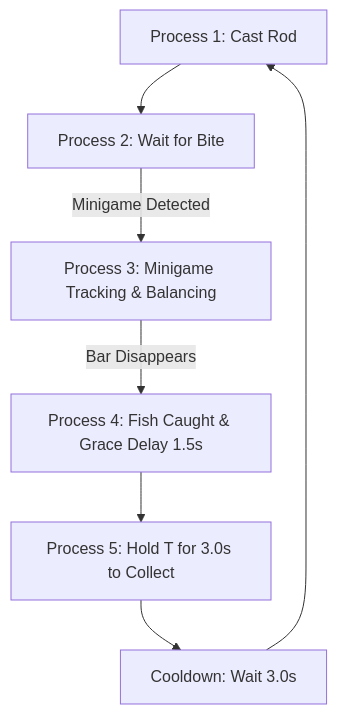
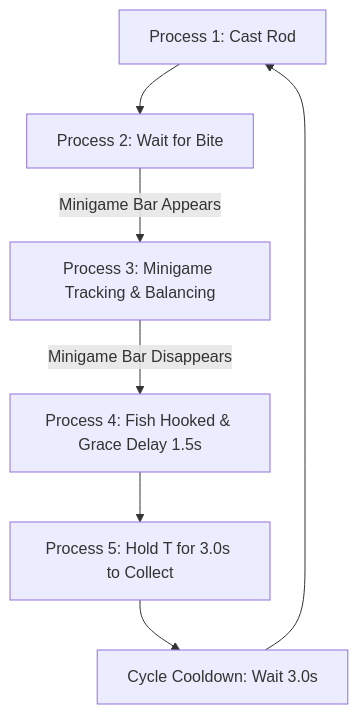
The diagram in README.md (Vixort/EasySlayer), drawn with Mermaid before and after one commit. The commit also changed other lines of this file, not shown here.

````diff
--- a/README.md
+++ b/README.md
@@ -40,9 +50,9 @@
 ```mermaid
 graph TD
     P1[Process 1: Cast Rod] --> P2[Process 2: Wait for Bite]
-    P2 -->|Minigame Detected| P3[Process 3: Minigame Tracking & Balancing]
-    P3 -->|Bar Disappears| P4[Process 4: Fish Caught & Grace Delay 1.5s]
+    P2 -->|Minigame Bar Appears| P3[Process 3: Minigame Tracking & Balancing]
+    P3 -->|Minigame Bar Disappears| P4[Process 4: Fish Hooked & Grace Delay 1.5s]
     P4 --> P5[Process 5: Hold T for 3.0s to Collect]
-    P5 --> P6[Cooldown: Wait 3.0s]
+    P5 --> P6[Cycle Cooldown: Wait 3.0s]
     P6 --> P1
 ```
````
